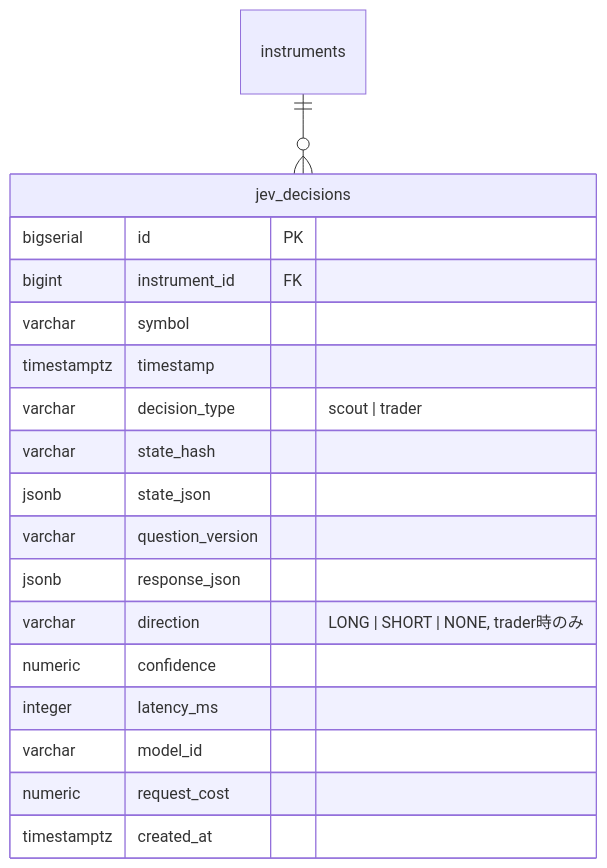
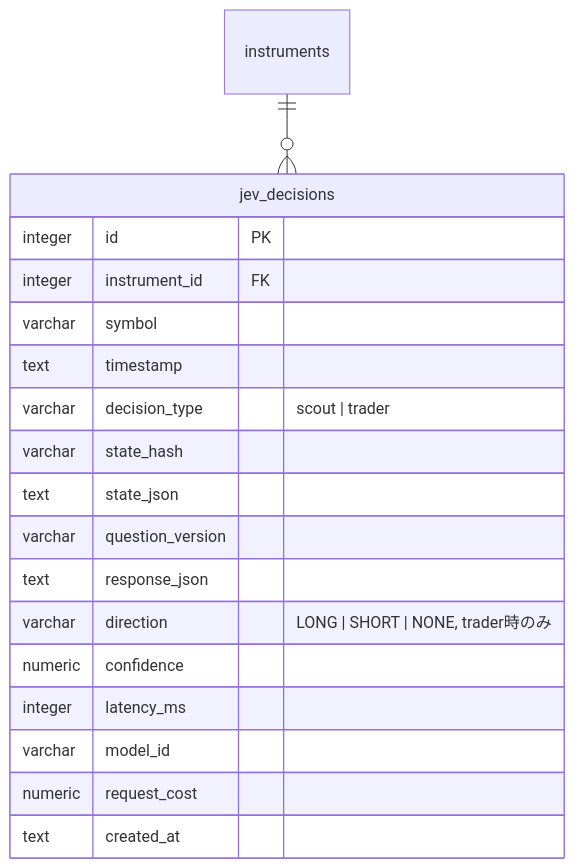
The fourth of 12 diagrams in docs/architecture/er.md (ousiassllc/pitha-trador), drawn with Mermaid before and after one commit. The commit also changed other lines of this file and 5 other files, not shown here.

````diff
--- a/docs/architecture/er.md
+++ b/docs/architecture/er.md
@@ -116,21 +131,21 @@
 ```mermaid
 erDiagram
     instruments ||--o{ jev_decisions : ""
     jev_decisions {
-        bigserial id PK
-        bigint instrument_id FK
+        integer id PK
+        integer instrument_id FK
         varchar symbol
-        timestamptz timestamp
+        text timestamp
         varchar decision_type "scout | trader"
         varchar state_hash
-        jsonb state_json
+        text state_json
         varchar question_version
-        jsonb response_json
+        text response_json
         varchar direction "LONG | SHORT | NONE, trader時のみ"
         numeric confidence
         integer latency_ms
         varchar model_id
         numeric request_cost
-        timestamptz created_at
+        text created_at
     }
 ```
````
